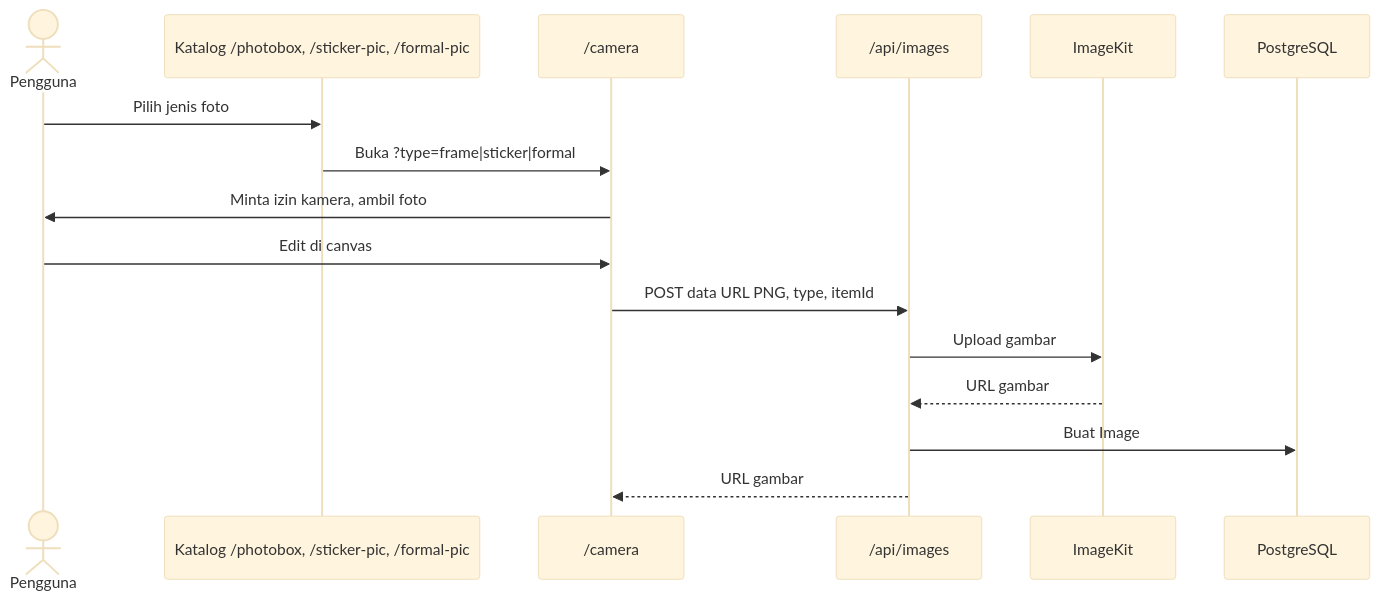
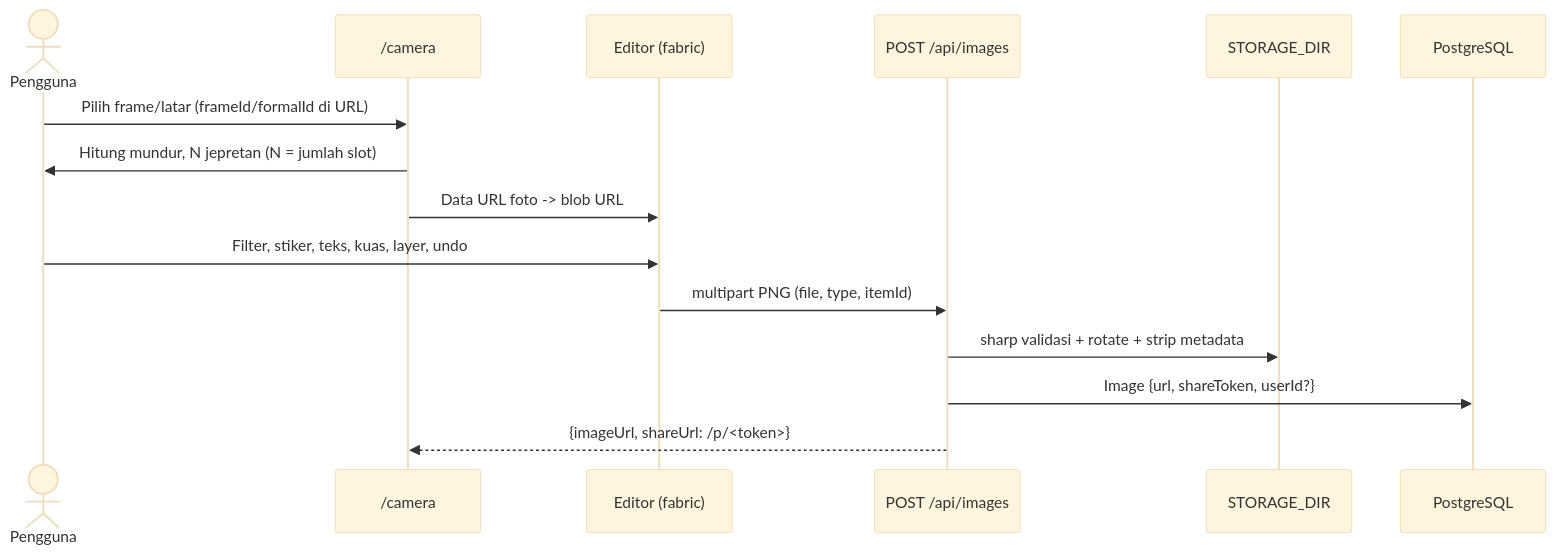
One commit to Palguna1121/pbox changed the second of 2 diagrams in docs/ARCHITECTURE.md. Above: the diagram before and after it, drawn with Mermaid (base theme). The commit also changed other lines of this file and 174 other files, not shown here.

````diff
--- a/docs/ARCHITECTURE.md
+++ b/docs/ARCHITECTURE.md
@@ -48,18 +37,17 @@
 ```mermaid
 sequenceDiagram
-  actor Pengguna
-  participant Katalog as Katalog /photobox, /sticker-pic, /formal-pic
-  participant Studio as /camera
-  participant API as /api/images
-  participant IK as ImageKit
+  actor P as Pengguna
+  participant S as /camera
+  participant E as Editor (fabric)
+  participant API as POST /api/images
+  participant D as STORAGE_DIR
   participant DB as PostgreSQL
-  Pengguna->>Katalog: Pilih jenis foto
-  Katalog->>Studio: Buka ?type=frame|sticker|formal
-  Studio->>Pengguna: Minta izin kamera, ambil foto
-  Pengguna->>Studio: Edit di canvas
-  Studio->>API: POST data URL PNG, type, itemId
-  API->>IK: Upload gambar
-  IK-->>API: URL gambar
-  API->>DB: Buat Image
-  API-->>Studio: URL gambar
+  P->>S: Pilih frame/latar (frameId/formalId di URL)
+  S->>P: Hitung mundur, N jepretan (N = jumlah slot)
+  S->>E: Data URL foto -> blob URL
+  P->>E: Filter, stiker, teks, kuas, layer, undo
+  E->>API: multipart PNG (file, type, itemId)
+  API->>D: sharp validasi + rotate + strip metadata
+  API->>DB: Image {url, shareToken, userId?}
+  API-->>S: {imageUrl, shareUrl: /p/<token>}
 ```
````
